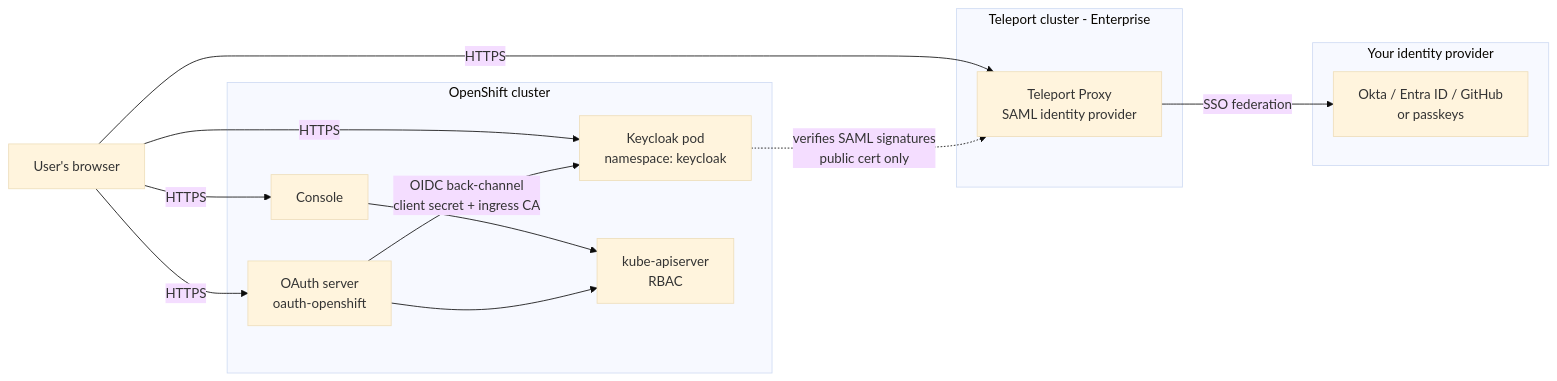
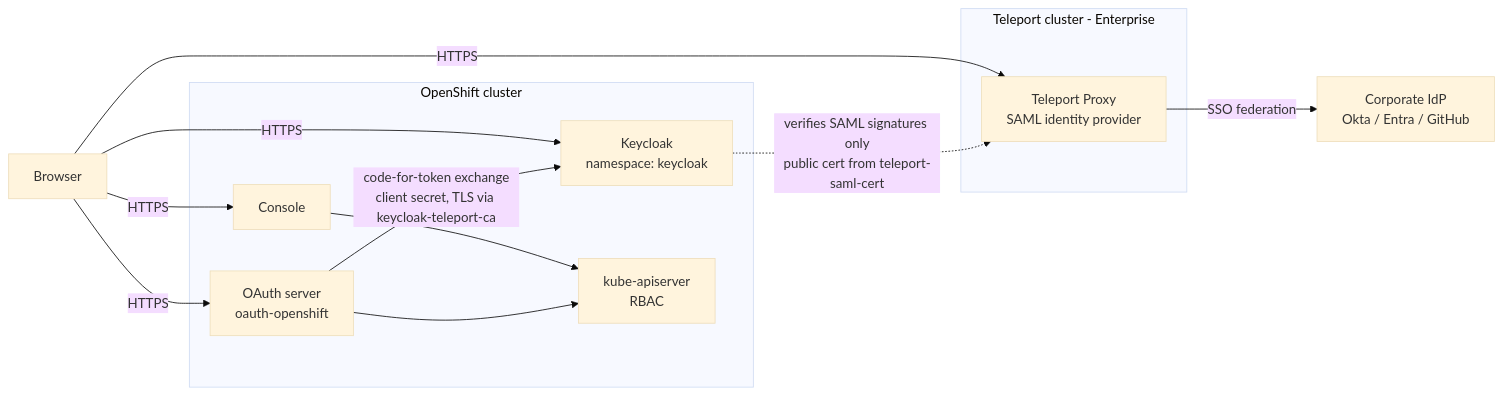
One commit to jsabo/teleport-openshift-sso changed the first of 2 diagrams in docs/architecture.md. Above: the diagram before and after it, drawn with Mermaid (base theme). The commit also changed other lines of this file and 1 other file, not shown here.

````diff
--- a/docs/architecture.md
+++ b/docs/architecture.md
@@ -15,29 +9,27 @@
 ```mermaid
 flowchart LR
-    B[User's browser]
+    B[Browser]
 
     subgraph ocp[OpenShift cluster]
         C[Console]
         O[OAuth server<br/>oauth-openshift]
-        K[Keycloak pod<br/>namespace: keycloak]
+        K[Keycloak<br/>namespace: keycloak]
         A[kube-apiserver<br/>RBAC]
     end
 
     subgraph tp[Teleport cluster - Enterprise]
         T[Teleport Proxy<br/>SAML identity provider]
     end
 
-    subgraph corp[Your identity provider]
-        I[Okta / Entra ID / GitHub<br/>or passkeys]
-    end
+    I[Corporate IdP<br/>Okta / Entra / GitHub]
 
     B -->|HTTPS| C
     B -->|HTTPS| O
     B -->|HTTPS| K
     B -->|HTTPS| T
-    O -->|OIDC back-channel<br/>client secret + ingress CA| K
-    K -.->|verifies SAML signatures<br/>public cert only| T
+    O -->|"code-for-token exchange<br/>client secret, TLS via keycloak-teleport-ca"| K
+    K -.->|"verifies SAML signatures only<br/>public cert from teleport-saml-cert"| T
     T -->|SSO federation| I
     C --> A
     O --> A
 ```
````
